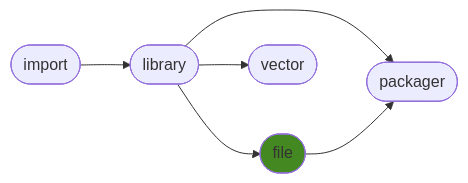
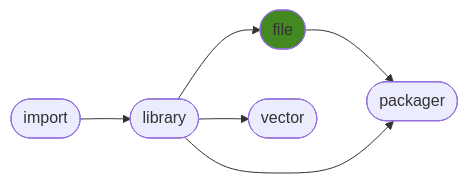
One commit to ManderaGeneral/generalfile changed the diagram in README.md. Above: the diagram before and after it, drawn with Mermaid. The commit also changed other lines of this file and 2 other files, not shown here.

````diff
--- a/README.md
+++ b/README.md
@@ -16,14 +16,14 @@
 ```mermaid
 flowchart LR
+2([file]) --> 4([packager])
+1([library]) --> 3([vector])
 1([library]) --> 4([packager])
-1([library]) --> 3([vector])
+0([import]) --> 1([library])
 1([library]) --> 2([file])
-0([import]) --> 1([library])
-2([file]) --> 4([packager])
 click 0 "https://github.com/ManderaGeneral/generalimport"
 click 1 "https://github.com/ManderaGeneral/generallibrary"
 click 2 "https://github.com/ManderaGeneral/generalfile"
 click 3 "https://github.com/ManderaGeneral/generalvector"
 click 4 "https://github.com/ManderaGeneral/generalpackager"
 style 2 fill:#482
 ```
````
